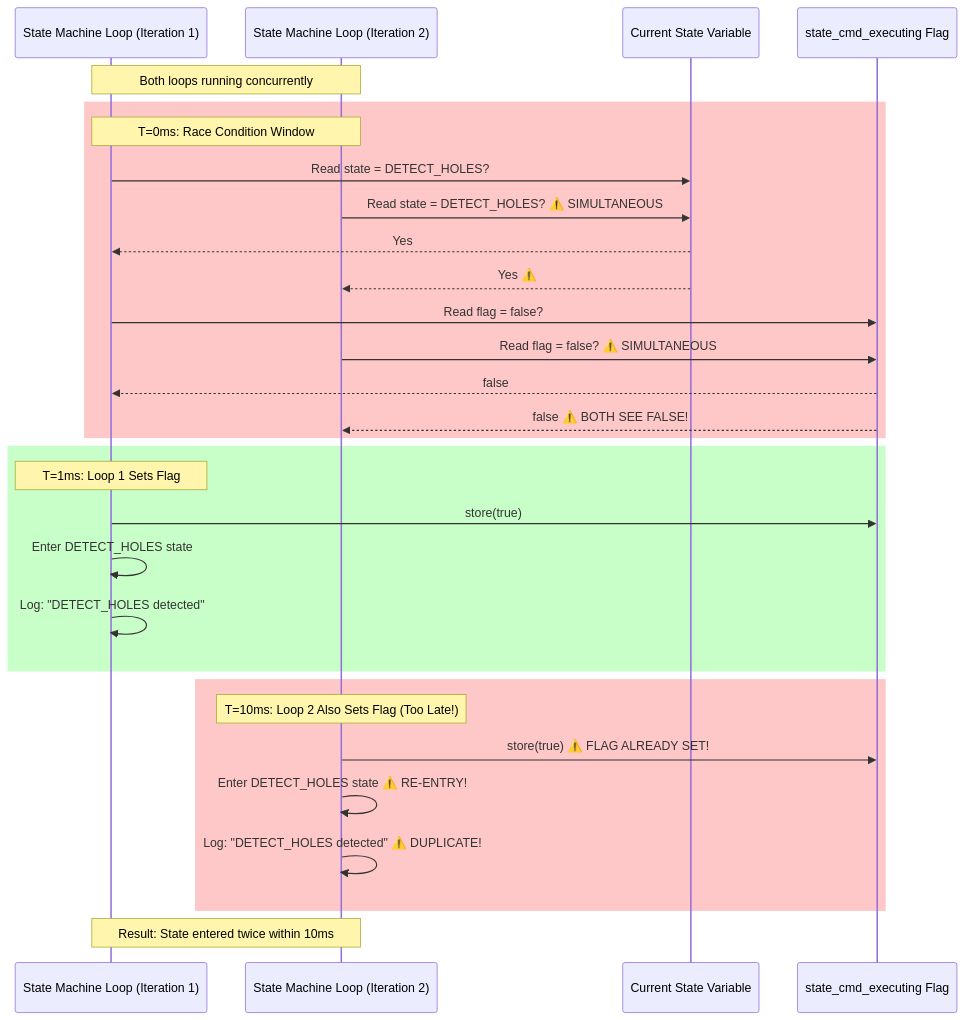
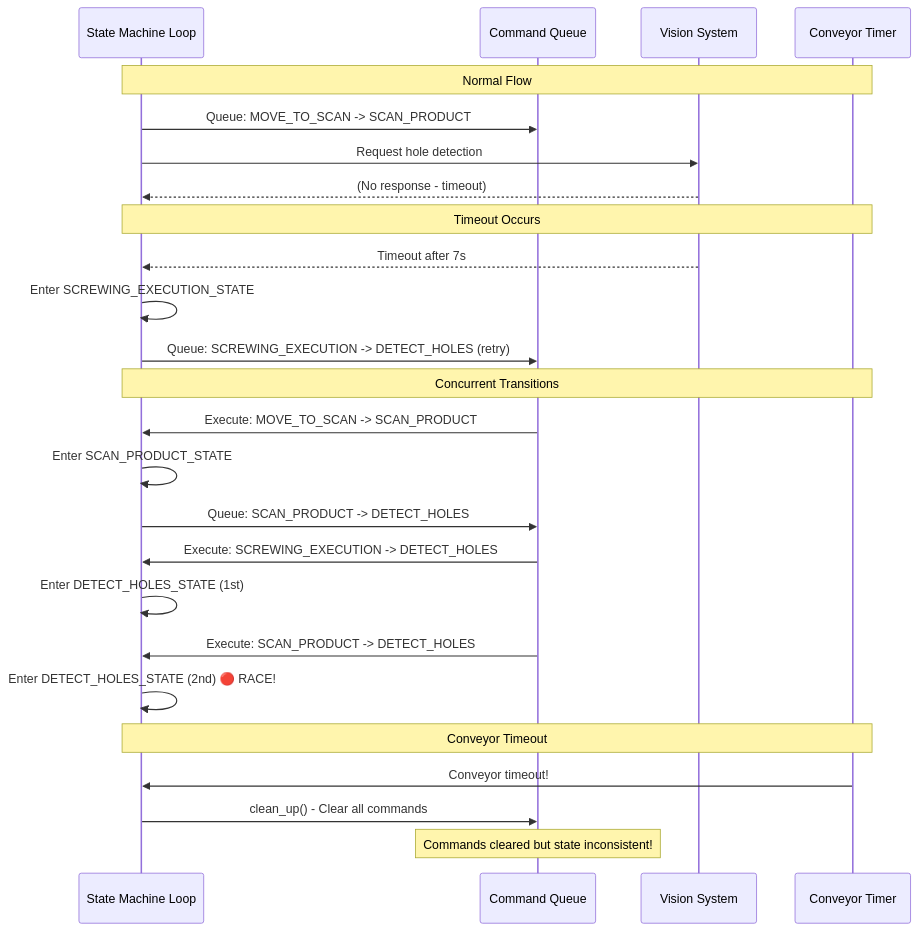
The first of 2 diagrams in StateMachines/NewLogAnalysis.md (ShoaibSajid/PM), drawn with Mermaid before and after one commit. The commit also changed other lines of this file, not shown here.

````diff
--- a/StateMachines/NewLogAnalysis.md
+++ b/StateMachines/NewLogAnalysis.md
@@ -51,40 +152,33 @@
 ```mermaid
 sequenceDiagram
-    participant Loop1 as State Machine Loop (Iteration 1)
-    participant Loop2 as State Machine Loop (Iteration 2)
-    participant State as Current State Variable
-    participant Flag as state_cmd_executing Flag
+    participant SM as State Machine Loop
+    participant CQ as Command Queue
+    participant VS as Vision System
+    participant CT as Conveyor Timer
     
-    Note over Loop1,Loop2: Both loops running concurrently
+    Note over SM,CT: Normal Flow
+    SM->>CQ: Queue: MOVE_TO_SCAN -> SCAN_PRODUCT
+    SM->>VS: Request hole detection
+    VS-->>SM: (No response - timeout)
     
-    rect rgb(255, 200, 200)
-        Note over Loop1,Loop2: T=0ms: Race Condition Window
-        Loop1->>State: Read state = DETECT_HOLES?
-        Loop2->>State: Read state = DETECT_HOLES? ⚠️ SIMULTANEOUS
-        
-        State-->>Loop1: Yes
-        State-->>Loop2: Yes ⚠️
-        
-        Loop1->>Flag: Read flag = false?
-        Loop2->>Flag: Read flag = false? ⚠️ SIMULTANEOUS
-        
-        Flag-->>Loop1: false
-        Flag-->>Loop2: false ⚠️ BOTH SEE FALSE!
-    end
+    Note over SM,CT: Timeout Occurs
+    VS-->>SM: Timeout after 7s
+    SM->>SM: Enter SCREWING_EXECUTION_STATE
+    SM->>CQ: Queue: SCREWING_EXECUTION -> DETECT_HOLES (retry)
     
-    rect rgb(200, 255, 200)
-        Note over Loop1: T=1ms: Loop 1 Sets Flag
-        Loop1->>Flag: store(true)
-        Loop1->>Loop1: Enter DETECT_HOLES state
-        Loop1->>Loop1: Log: "DETECT_HOLES detected"
-    end
+    Note over SM,CT: Concurrent Transitions
+    CQ->>SM: Execute: MOVE_TO_SCAN -> SCAN_PRODUCT
+    SM->>SM: Enter SCAN_PRODUCT_STATE
+    SM->>CQ: Queue: SCAN_PRODUCT -> DETECT_HOLES
     
-    rect rgb(255, 200, 200)
-        Note over Loop2: T=10ms: Loop 2 Also Sets Flag (Too Late!)
-        Loop2->>Flag: store(true) ⚠️ FLAG ALREADY SET!
-        Loop2->>Loop2: Enter DETECT_HOLES state ⚠️ RE-ENTRY!
-        Loop2->>Loop2: Log: "DETECT_HOLES detected" ⚠️ DUPLICATE!
-    end
+    CQ->>SM: Execute: SCREWING_EXECUTION -> DETECT_HOLES
+    SM->>SM: Enter DETECT_HOLES_STATE (1st)
     
-    Note over Loop1,Loop2: Result: State entered twice within 10ms
+    CQ->>SM: Execute: SCAN_PRODUCT -> DETECT_HOLES
+    SM->>SM: Enter DETECT_HOLES_STATE (2nd) 🔴 RACE!
+    
+    Note over SM,CT: Conveyor Timeout
+    CT->>SM: Conveyor timeout!
+    SM->>CQ: clean_up() - Clear all commands
+    Note over CQ: Commands cleared but state inconsistent!
 ```
````
